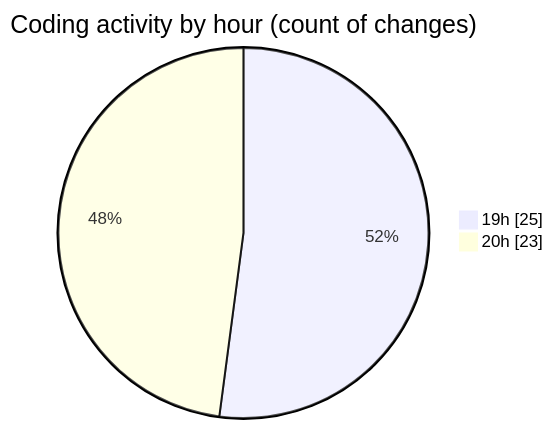
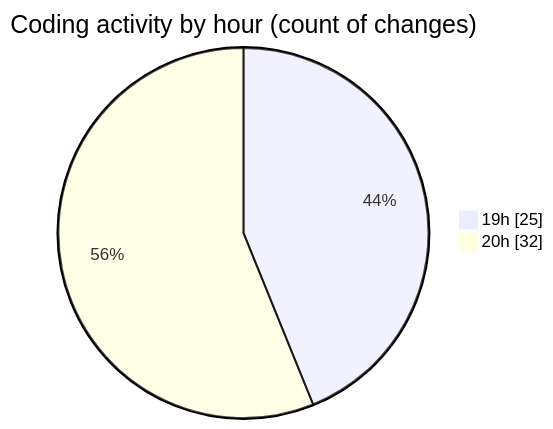
One commit to EIIisD/code-tracking changed the second of 2 diagrams in 2025-08-06/remakes/README.md. Above: the diagram before and after it, drawn with Mermaid. The commit also changed other lines of this file and 1 other file, not shown here.

````diff
--- a/2025-08-06/remakes/README.md
+++ b/2025-08-06/remakes/README.md
@@ -49,6 +50,6 @@
 ```mermaid
 pie showData
 title Coding activity by hour (count of changes)
 "19h" : 25
-"20h" : 23
+"20h" : 32
 ```
````
